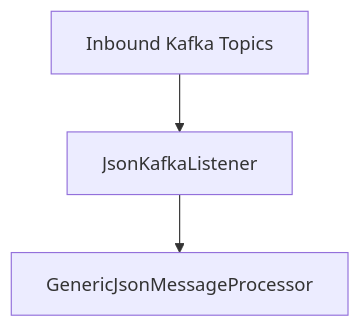
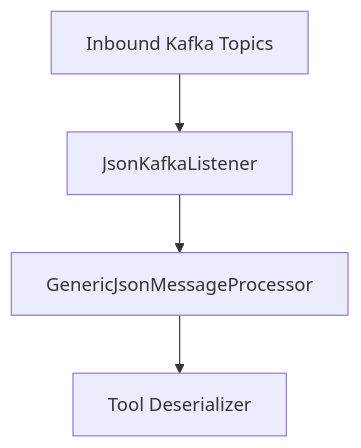
Before and after one commit to Praesto-Pro/openframe-oss-tenant: the second of 6 diagrams in docs/architecture/stream-service-core/stream-service-core.md, drawn with Mermaid. The commit also changed other lines of this file and 174 other files, not shown here.

````diff
--- a/docs/architecture/stream-service-core/stream-service-core.md
+++ b/docs/architecture/stream-service-core/stream-service-core.md
@@ -110,5 +113,6 @@
 ```mermaid
 flowchart TD
     Kafka["Inbound Kafka Topics"] --> Listener["JsonKafkaListener"]
     Listener --> Processor["GenericJsonMessageProcessor"]
+    Processor --> Deserializer["Tool Deserializer"]
 ```
````
